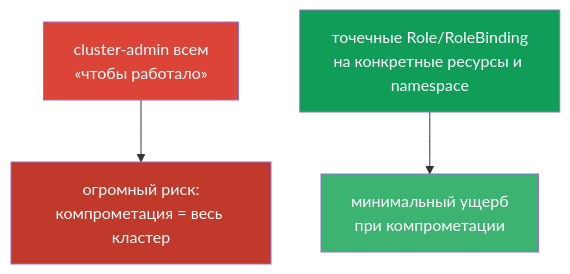
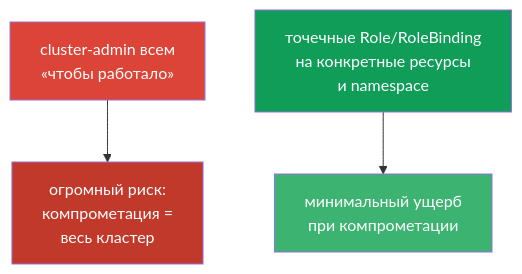
The sixth of 6 diagrams in tasks/cka/course/38/ru.md (ViktorUJ/cks), drawn with Mermaid before and after one commit. The commit also changed other lines of this file and 30 other files, not shown here.

````diff
--- a/tasks/cka/course/38/ru.md
+++ b/tasks/cka/course/38/ru.md
@@ -198,9 +189,9 @@
 ```mermaid
 flowchart TB
-    bad["cluster-admin всем<br>«чтобы работало»"] --> risk["огромный риск:<br>компрометация = весь кластер"]
-    good["точечные Role/RoleBinding<br>на конкретные ресурсы и namespace"] --> safe["минимальный ущерб<br>при компрометации"]
+    bad["cluster-admin всем<br>«чтобы работало»"] --> risk["огромный риск:<br>компрометация =<br>весь кластер"]
+    good["точечные Role/RoleBinding<br>на конкретные ресурсы<br>и namespace"] --> safe["минимальный ущерб<br>при компрометации"]
     style bad fill:#db4437,color:#fff
     style risk fill:#c0392b,color:#fff
     style good fill:#0f9d58,color:#fff
     style safe fill:#3cb371,color:#fff
 ```
````
